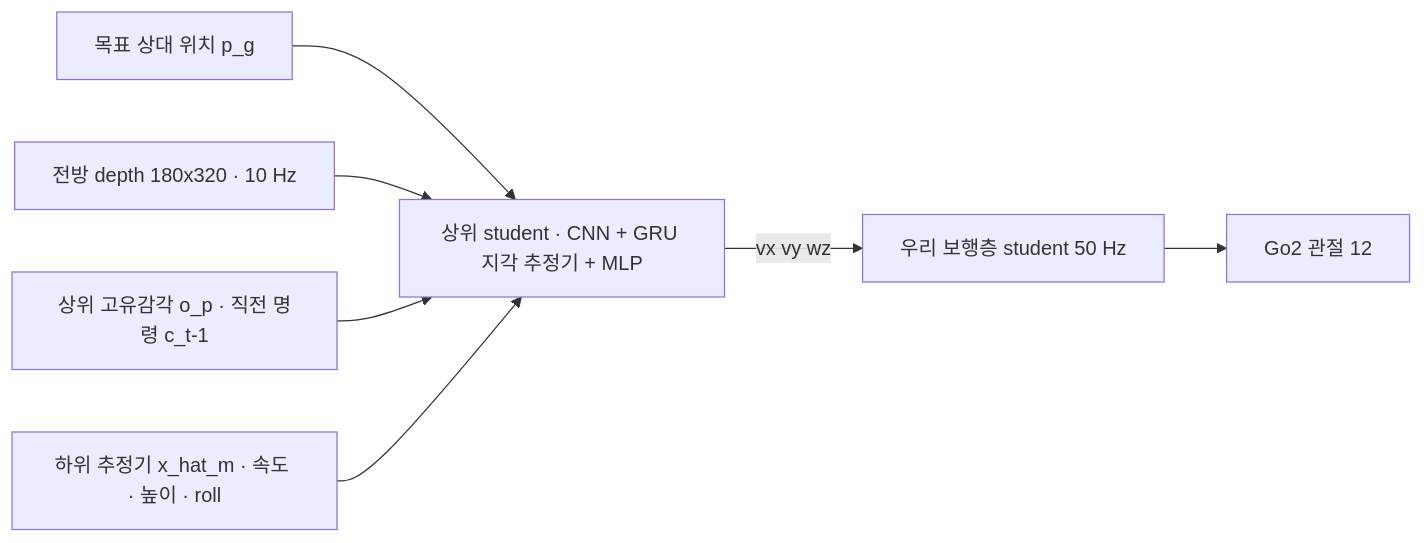
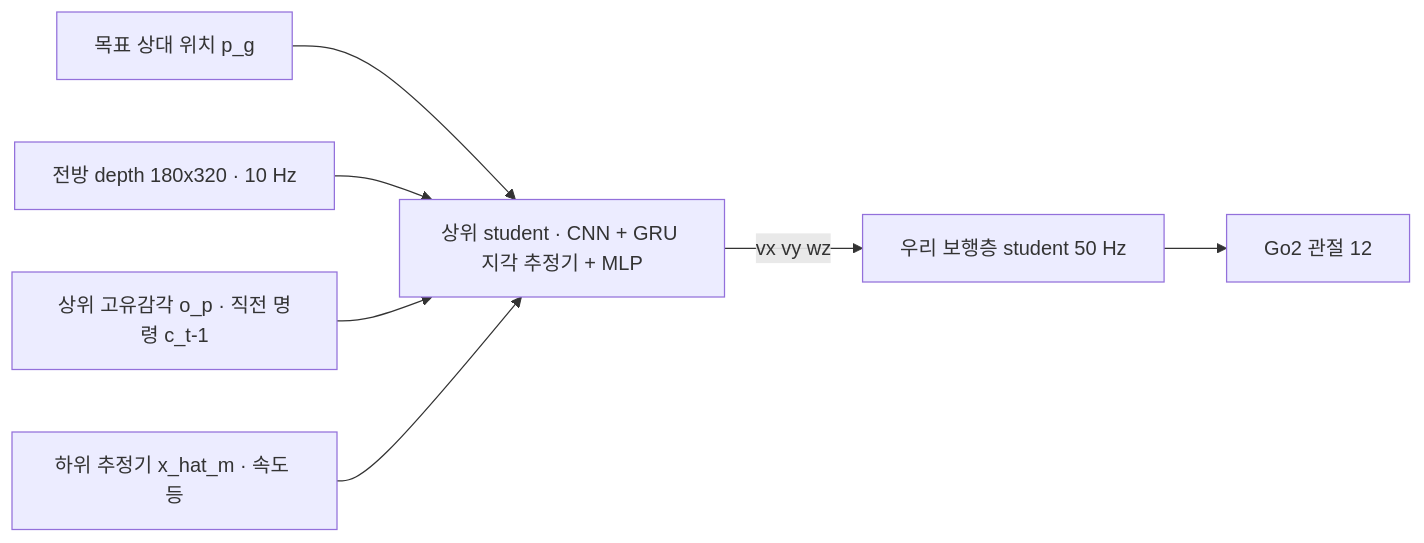
One commit to foothold-project/foothold-lab changed the first of 2 diagrams in inbox/jay/20261019-design/21-HIPAN-HIGH.md. Above: the diagram before and after it, drawn with Mermaid. The commit also changed other lines of this file and 25 other files, not shown here.

````diff
--- a/inbox/jay/20261019-design/21-HIPAN-HIGH.md
+++ b/inbox/jay/20261019-design/21-HIPAN-HIGH.md
@@ -13,9 +17,9 @@
 ```mermaid
 flowchart LR
   G[목표 상대 위치 p_g] --> S
   D[전방 depth 180x320 · 10 Hz] --> S
   P[상위 고유감각 o_p · 직전 명령 c_t-1] --> S
-  M[하위 추정기 x_hat_m · 속도 · 높이 · roll] --> S
+  M[하위 추정기 x_hat_m · 속도 등] --> S
   S[상위 student · CNN + GRU 지각 추정기 + MLP] -- vx vy wz --> L[우리 보행층 student 50 Hz]
   L --> R[Go2 관절 12]
 ```
````
